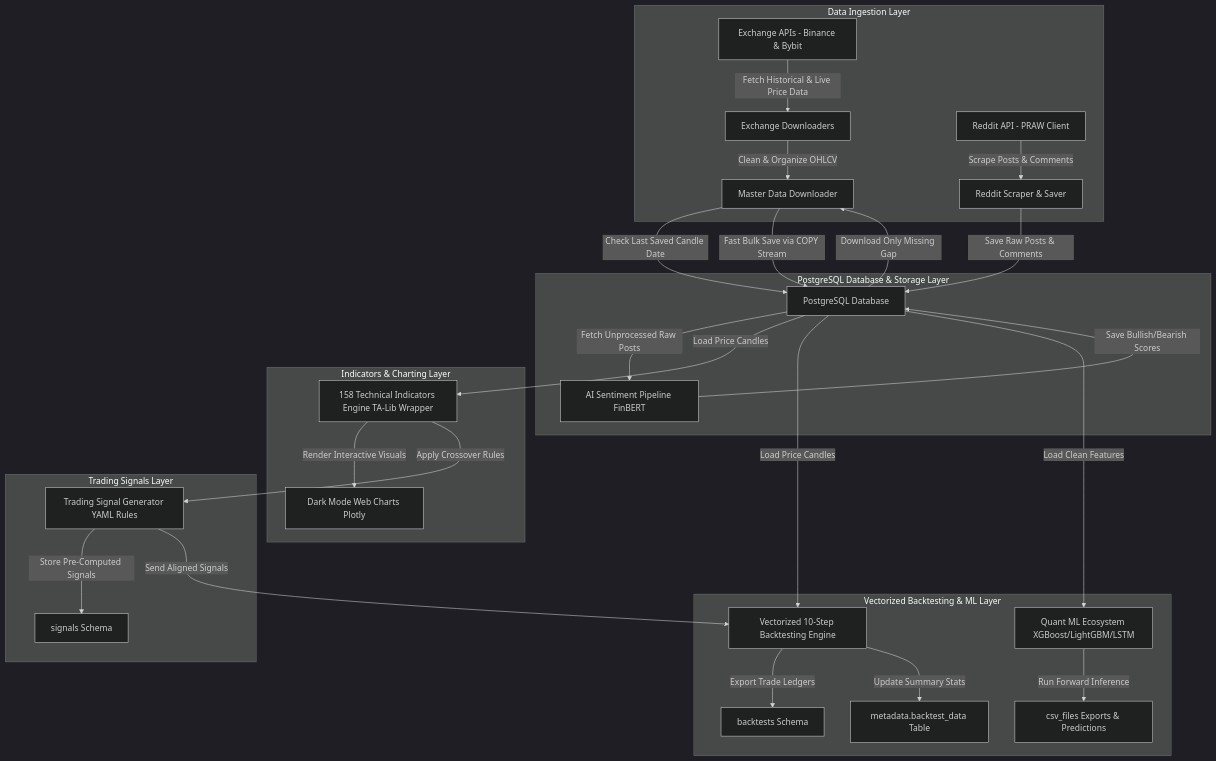
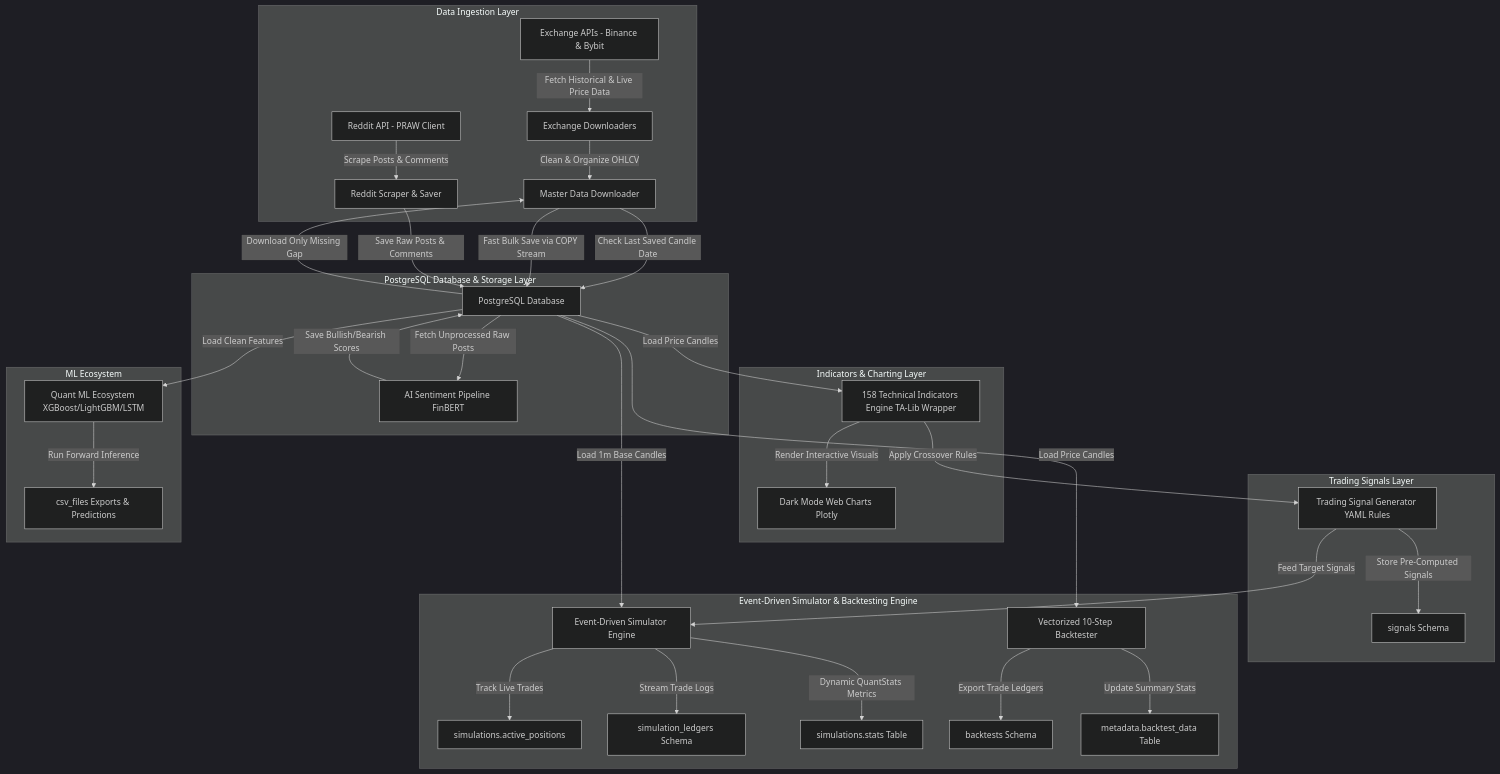
One commit to 21Afnan/cryptosight changed the diagram in README.md. Above: the diagram before and after it, drawn with Mermaid (dark theme). The commit also changed other lines of this file and 7 other files, not shown here.

````diff
--- a/README.md
+++ b/README.md
@@ -49,38 +50,45 @@
 ```mermaid
 graph TD
     subgraph Data_Ingestion["Data Ingestion Layer"]
         API["Exchange APIs - Binance & Bybit"] -->|"Fetch Historical & Live Price Data"| Fetcher["Exchange Downloaders"]
         Fetcher -->|"Clean & Organize OHLCV"| Facade["Master Data Downloader"]
         Reddit["Reddit API - PRAW Client"] -->|"Scrape Posts & Comments"| RedditScraper["Reddit Scraper & Saver"]
     end
 
     subgraph Database_Layer["PostgreSQL Database & Storage Layer"]
         Facade -->|"Check Last Saved Candle Date"| SQL_Check["PostgreSQL Database"]
         SQL_Check -->|"Download Only Missing Gap"| Facade
         Facade -->|"Fast Bulk Save via COPY Stream"| SQL_Check
         
         RedditScraper -->|"Save Raw Posts & Comments"| SQL_Check
         SQL_Check -->|"Fetch Unprocessed Raw Posts"| AI_Sentiment["AI Sentiment Pipeline FinBERT"]
         AI_Sentiment -->|"Save Bullish/Bearish Scores"| SQL_Check
     end
 
     subgraph Indicators_Layer["Indicators & Charting Layer"]
         SQL_Check -->|"Load Price Candles"| Engine["158 Technical Indicators Engine TA-Lib Wrapper"]
         Engine -->|"Render Interactive Visuals"| Dashboard["Dark Mode Web Charts Plotly"]
     end
 
     subgraph Signals_Layer["Trading Signals Layer"]
         Engine -->|"Apply Crossover Rules"| Signals["Trading Signal Generator YAML Rules"]
         Signals -->|"Store Pre-Computed Signals"| SQL_Signals["signals Schema"]
     end
 
-    subgraph Backtesting_Layer["Vectorized Backtesting & ML Layer"]
-        SQL_Check -->|"Load Price Candles"| Backtester["Vectorized 10-Step Backtesting Engine"]
-        Signals -->|"Send Aligned Signals"| Backtester
+    subgraph Simulation_Layer["Event-Driven Simulator & Backtesting Engine"]
+        SQL_Check -->|"Load 1m Base Candles"| Simulator["Event-Driven Simulator Engine"]
+        Signals -->|"Feed Target Signals"| Simulator
+        Simulator -->|"Track Live Trades"| ActivePos["simulations.active_positions"]
+        Simulator -->|"Stream Trade Logs"| Ledgers["simulation_ledgers Schema"]
+        Simulator -->|"Dynamic QuantStats Metrics"| StatsTable["simulations.stats Table"]
+        
+        SQL_Check -->|"Load Price Candles"| Backtester["Vectorized 10-Step Backtester"]
         Backtester -->|"Export Trade Ledgers"| SQL_Backtests["backtests Schema"]
         Backtester -->|"Update Summary Stats"| SQL_BacktestData["metadata.backtest_data Table"]
+    end
 
+    subgraph Machine_Learning_Layer["ML Ecosystem"]
         SQL_Check -->|"Load Clean Features"| ML_Engine["Quant ML Ecosystem XGBoost/LightGBM/LSTM"]
         ML_Engine -->|"Run Forward Inference"| ML_Predictions["csv_files Exports & Predictions"]
     end
 ```
````
